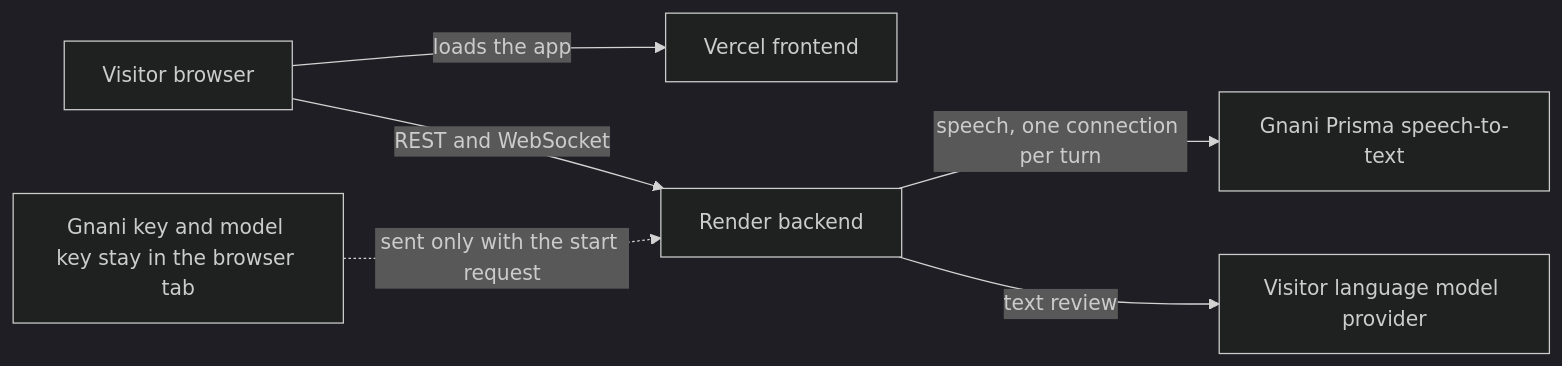
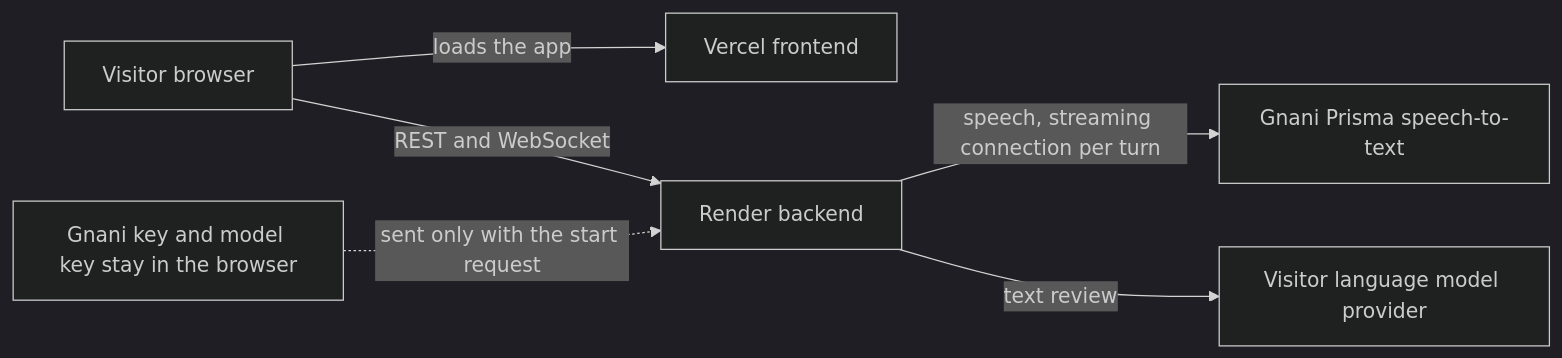
Before and after one commit to vineet416/maryada-call-coach: the first of 5 diagrams in docs/architecture.md, drawn with Mermaid (dark theme). The commit also changed other lines of this file, not shown here.

Commit message:
docs: correct key storage, origin and database wording in the architecture overview

````diff
--- a/docs/architecture.md
+++ b/docs/architecture.md
@@ -16,8 +18,8 @@
 ```mermaid
 flowchart LR
     V[Visitor browser] -->|loads the app| F[Vercel frontend]
     V -->|REST and WebSocket| B[Render backend]
-    B -->|speech, one connection per turn| G[Gnani Prisma speech-to-text]
+    B -->|speech, streaming connection per turn| G[Gnani Prisma speech-to-text]
     B -->|text review| L[Visitor language model provider]
-    K[Gnani key and model key stay in the browser tab] -.->|sent only with the start request| B
+    K[Gnani key and model key stay in the browser] -.->|sent only with the start request| B
 ```
````
